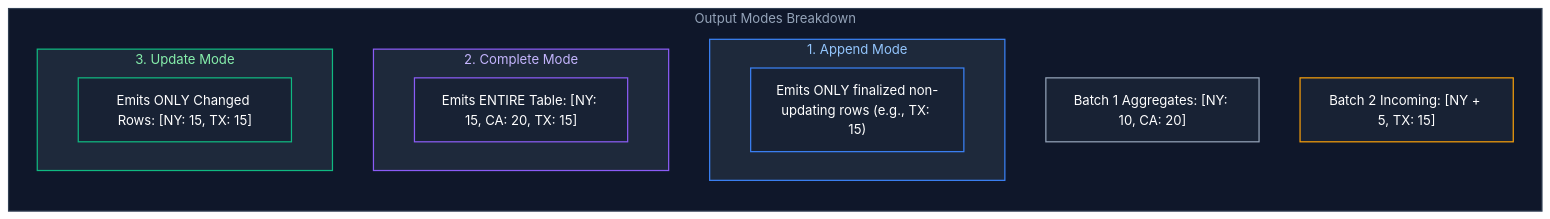
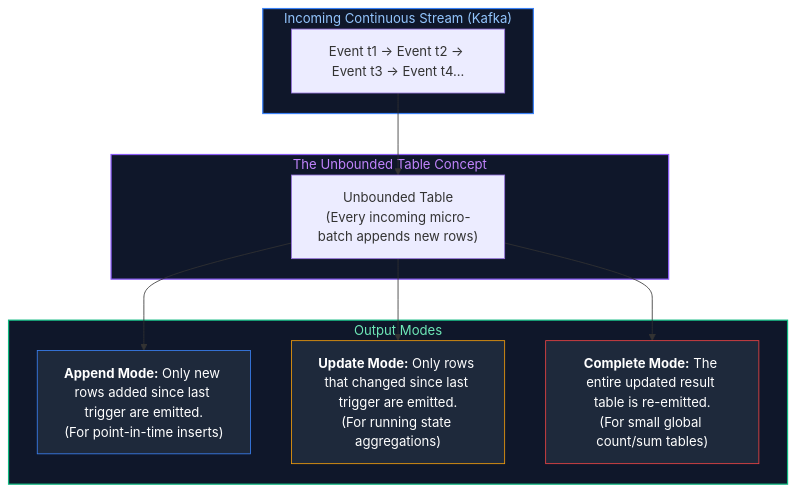
One commit to joydeep-biswas/Interview-Preparation changed diagram 12 of 14 in Data Engineering/11_streaming_and_kafka_event_streaming.md. Above: the diagram before and after it, drawn with Mermaid. The commit also changed other lines of this file and 143 other files, not shown here.

````diff
--- a/Data Engineering/11_streaming_and_kafka_event_streaming.md
+++ b/Data Engineering/11_streaming_and_kafka_event_streaming.md
@@ -818,30 +647,26 @@
 ```mermaid
-flowchart LR
-    subgraph OutputModesComparison ["Output Modes Breakdown"]
-        Batch1["Batch 1 Aggregates: [NY: 10, CA: 20]"]
-        Batch2New["Batch 2 Incoming: [NY + 5, TX: 15]"]
-
-        subgraph AppendMode ["1. Append Mode"]
-            AOut["Emits ONLY finalized non-updating rows (e.g., TX: 15)"]
-        end
-
-        subgraph CompleteMode ["2. Complete Mode"]
-            COut["Emits ENTIRE Table: [NY: 15, CA: 20, TX: 15]"]
-        end
-
-        subgraph UpdateMode ["3. Update Mode"]
-            UOut["Emits ONLY Changed Rows: [NY: 15, TX: 15]"]
-        end
+flowchart TD
+    subgraph StreamStream ["Incoming Continuous Stream (Kafka)"]
+        StreamIn["Event t1 -> Event t2 -> Event t3 -> Event t4..."]
     end
 
-    style OutputModesComparison fill:#0f172a,stroke:#334155,stroke-width:1.5px,color:#94a3b8
-    style AppendMode fill:#1e293b,stroke:#3b82f6,stroke-width:1.5px,color:#93c5fd
-    style CompleteMode fill:#1e293b,stroke:#8b5cf6,stroke-width:1.5px,color:#c4b5fd
-    style UpdateMode fill:#1e293b,stroke:#10b981,stroke-width:1.5px,color:#86efac
+    subgraph UnboundedModel ["The Unbounded Table Concept"]
+        UT["Unbounded Table<br/>(Every incoming micro-batch appends new rows)"]
+    end
 
-    style Batch1 fill:#182234,stroke:#94a3b8,stroke-width:1.5px,color:#fff
-    style Batch2New fill:#182234,stroke:#f59e0b,stroke-width:1.5px,color:#fff
-    style AOut fill:#182234,stroke:#3b82f6,stroke-width:1.5px,color:#fff
-    style COut fill:#182234,stroke:#8b5cf6,stroke-width:1.5px,color:#fff
-    style UOut fill:#182234,stroke:#10b981,stroke-width:1.5px,color:#fff
+    subgraph OutputModes ["Output Modes"]
+        Append["<b>Append Mode:</b> Only new rows added since last trigger are emitted.<br/>(For point-in-time inserts)"]
+        Update["<b>Update Mode:</b> Only rows that changed since last trigger are emitted.<br/>(For running state aggregations)"]
+        Complete["<b>Complete Mode:</b> The entire updated result table is re-emitted.<br/>(For small global count/sum tables)"]
+    end
+
+    StreamIn --> UT
+    UT --> Append & Update & Complete
+
+    style StreamStream fill:#0f172a,stroke:#3b82f6,stroke-width:1.5px,color:#93c5fd
+    style UnboundedModel fill:#0f172a,stroke:#8b5cf6,stroke-width:1.5px,color:#c084fc
+    style OutputModes fill:#0f172a,stroke:#10b981,stroke-width:1.5px,color:#6ee7b7
+    style Append fill:#1e293b,stroke:#3b82f6,stroke-width:1px,color:#fff
+    style Update fill:#1e293b,stroke:#f59e0b,stroke-width:1px,color:#fff
+    style Complete fill:#1e293b,stroke:#ef4444,stroke-width:1px,color:#fff
 ```
````
